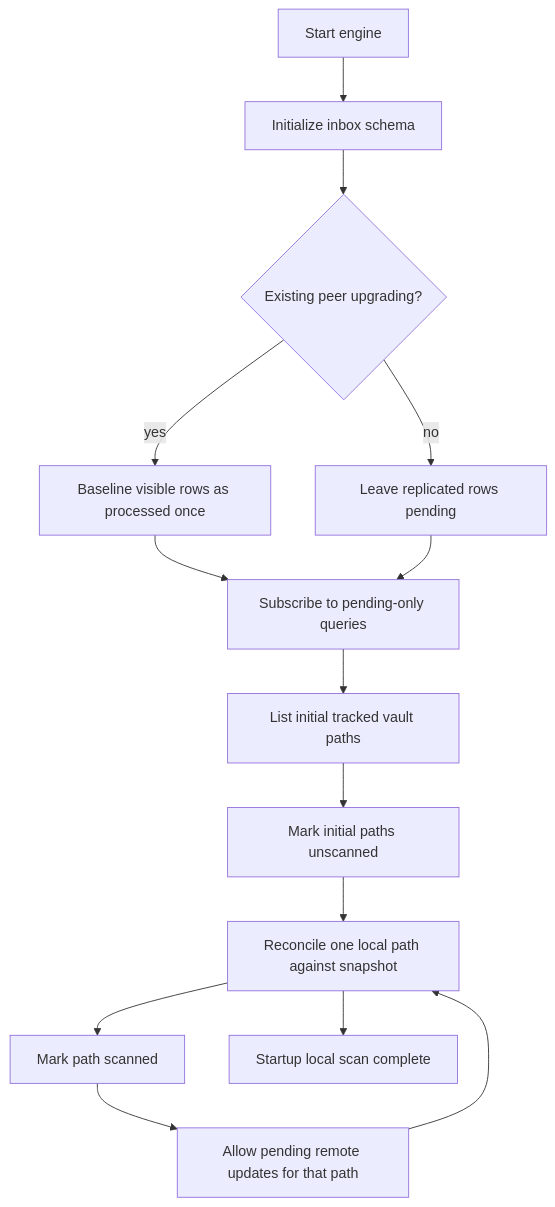
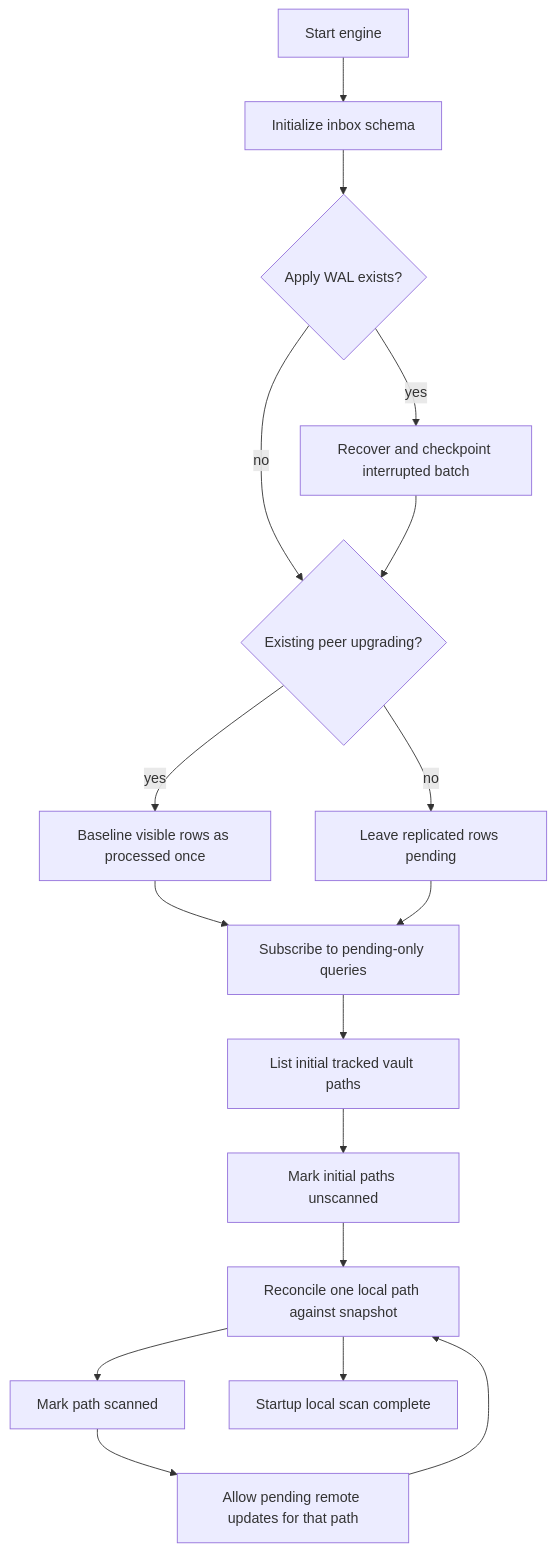
The second of 4 diagrams in docs/sync-flow.md (elcomtik/obsidian-local-sync), drawn with Mermaid before and after one commit. The commit also changed other lines of this file and 13 other files, not shown here.

````diff
--- a/docs/sync-flow.md
+++ b/docs/sync-flow.md
@@ -38,16 +45,19 @@
 ```mermaid
 flowchart TD
   A[Start engine] --> B[Initialize inbox schema]
-  B --> C{Existing peer upgrading?}
+  B --> B2{Apply WAL exists?}
+  B2 -- yes --> B3[Recover and checkpoint interrupted batch]
+  B2 -- no --> C{Existing peer upgrading?}
+  B3 --> C
   C -- yes --> D[Baseline visible rows as processed once]
   C -- no --> E[Leave replicated rows pending]
   D --> F[Subscribe to pending-only queries]
   E --> F
   F --> G[List initial tracked vault paths]
   G --> H[Mark initial paths unscanned]
   H --> I[Reconcile one local path against snapshot]
   I --> J[Mark path scanned]
   J --> K[Allow pending remote updates for that path]
   K --> I
   I --> L[Startup local scan complete]
 ```
````
